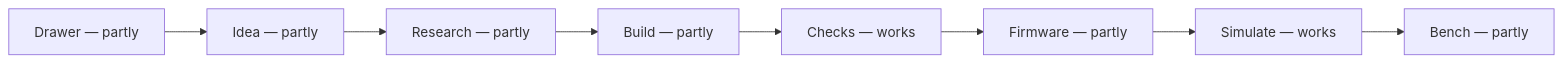
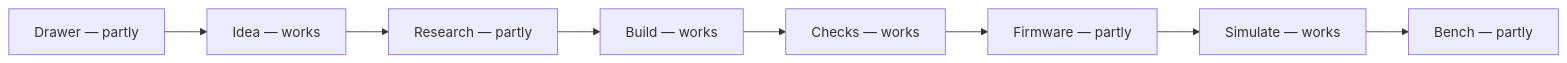
One commit to xmejkal/spark changed the diagram in docs/guide/journey.md. Above: the diagram before and after it, drawn with Mermaid. The commit also changed other lines of this file and 4 other files, not shown here.

````diff
--- a/docs/guide/journey.md
+++ b/docs/guide/journey.md
@@ -12,6 +12,6 @@
 ```mermaid
 flowchart LR
-    drawer["Drawer — partly"] --> idea["Idea — partly"] --> research["Research — partly"]
-    research --> build["Build — partly"] --> checks["Checks — works"] --> firmware["Firmware — partly"]
+    drawer["Drawer — partly"] --> idea["Idea — works"] --> research["Research — partly"]
+    research --> build["Build — works"] --> checks["Checks — works"] --> firmware["Firmware — partly"]
     firmware --> simulate["Simulate — works"] --> bench["Bench — partly"]
 ```
````
